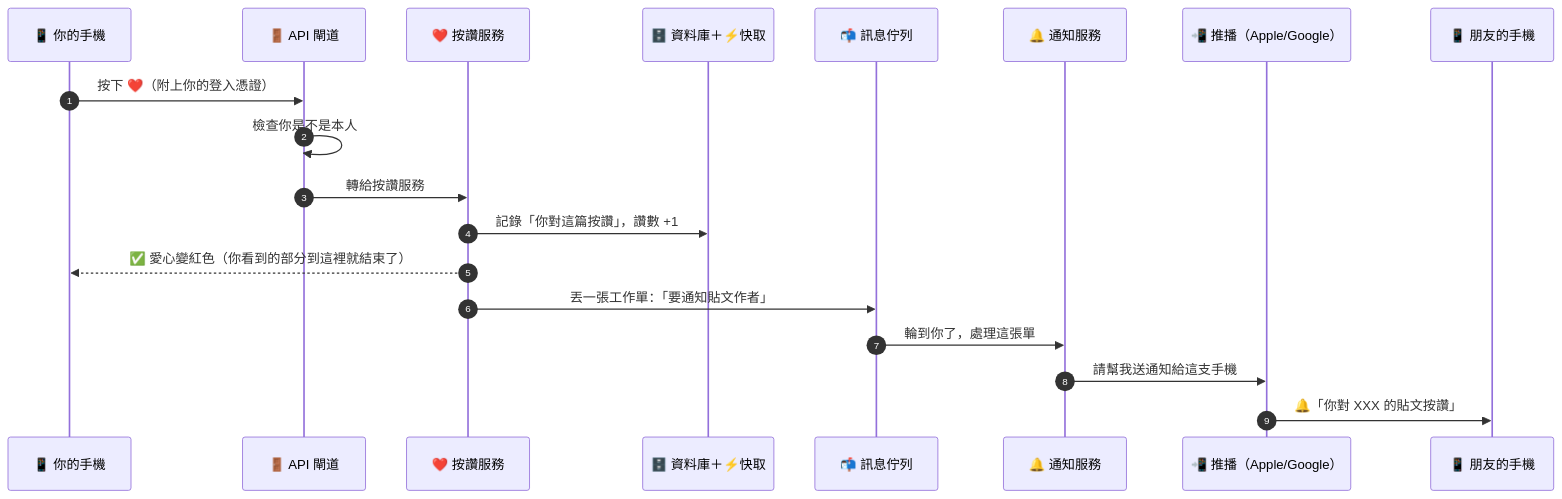
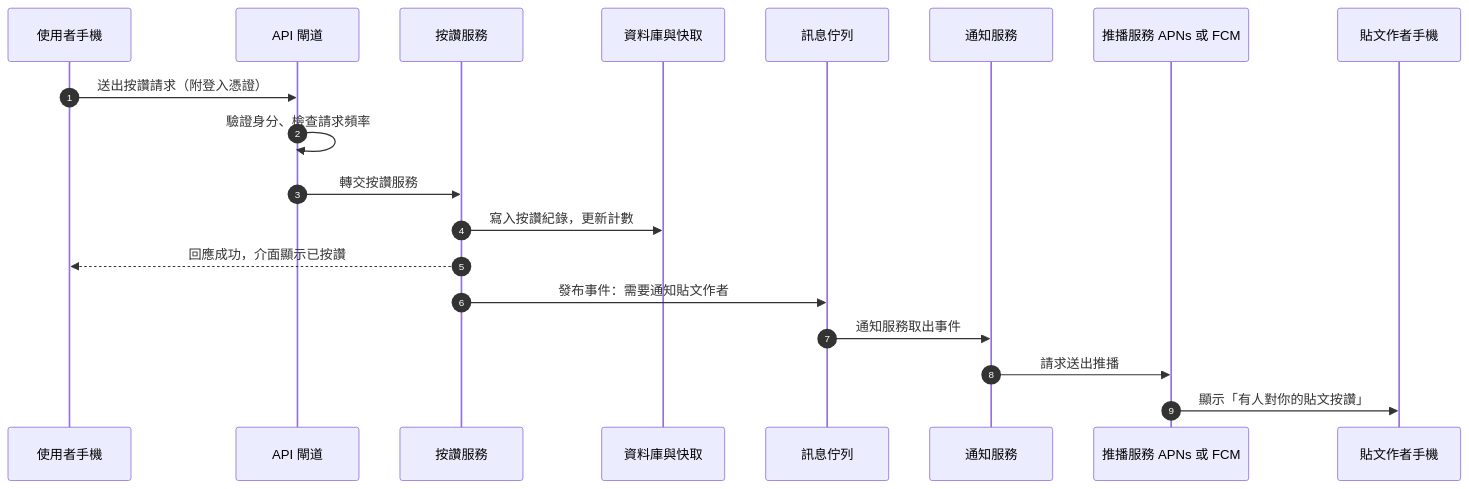
One commit to cychiang-ntpu/VibeNTPU changed the second of 5 diagrams in lectures/wk01_1007_saas-storefront/social_media_architecture.md. Above: the diagram before and after it, drawn with Mermaid. The commit also changed other lines of this file and 43 other files, not shown here.

````diff
--- a/lectures/wk01_1007_saas-storefront/social_media_architecture.md
+++ b/lectures/wk01_1007_saas-storefront/social_media_architecture.md
@@ -116,22 +128,22 @@
 ```mermaid
 sequenceDiagram
     autonumber
-    participant 你 as 📱 你的手機
-    participant GW as 🚪 API 閘道
-    participant LIKE as ❤️ 按讚服務
-    participant DB as 🗄️ 資料庫＋⚡快取
-    participant MQ as 📬 訊息佇列
-    participant NOTI as 🔔 通知服務
-    participant PUSH as 📲 推播（Apple/Google）
-    participant 朋友 as 📱 朋友的手機
+    participant U as 使用者手機
+    participant GW as API 閘道
+    participant LIKE as 按讚服務
+    participant DB as 資料庫與快取
+    participant MQ as 訊息佇列
+    participant NOTI as 通知服務
+    participant PUSH as 推播服務 APNs 或 FCM
+    participant F as 貼文作者手機
 
-    你->>GW: 按下 ❤️（附上你的登入憑證）
-    GW->>GW: 檢查你是不是本人
-    GW->>LIKE: 轉給按讚服務
-    LIKE->>DB: 記錄「你對這篇按讚」，讚數 +1
-    LIKE-->>你: ✅ 愛心變紅色（你看到的部分到這裡就結束了）
-    LIKE->>MQ: 丟一張工作單：「要通知貼文作者」
-    MQ->>NOTI: 輪到你了，處理這張單
-    NOTI->>PUSH: 請幫我送通知給這支手機
-    PUSH->>朋友: 🔔「你對 XXX 的貼文按讚」
+    U->>GW: 送出按讚請求（附登入憑證）
+    GW->>GW: 驗證身分、檢查請求頻率
+    GW->>LIKE: 轉交按讚服務
+    LIKE->>DB: 寫入按讚紀錄，更新計數
+    LIKE-->>U: 回應成功，介面顯示已按讚
+    LIKE->>MQ: 發布事件：需要通知貼文作者
+    MQ->>NOTI: 通知服務取出事件
+    NOTI->>PUSH: 請求送出推播
+    PUSH->>F: 顯示「有人對你的貼文按讚」
 ```
````
